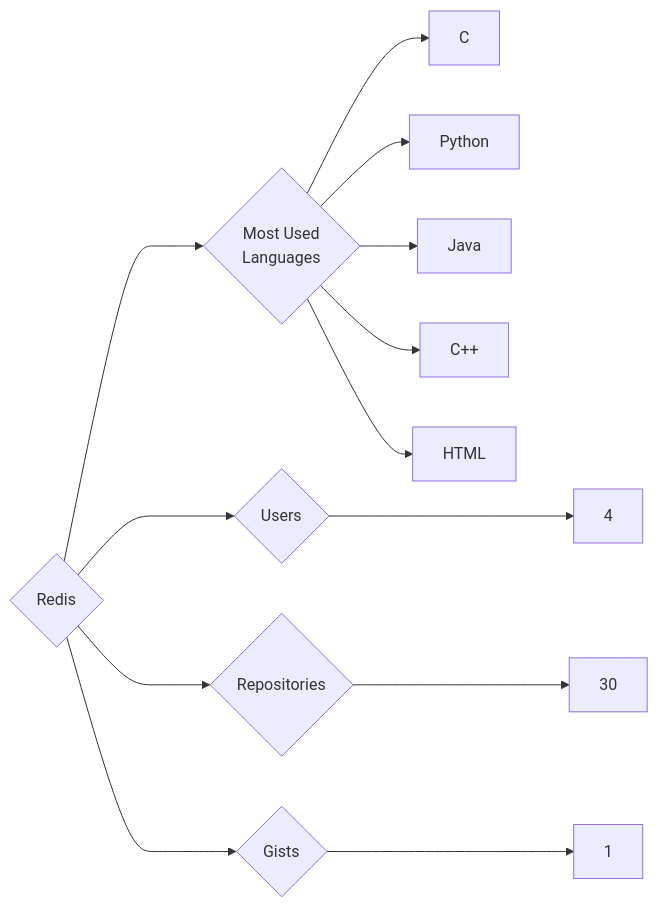
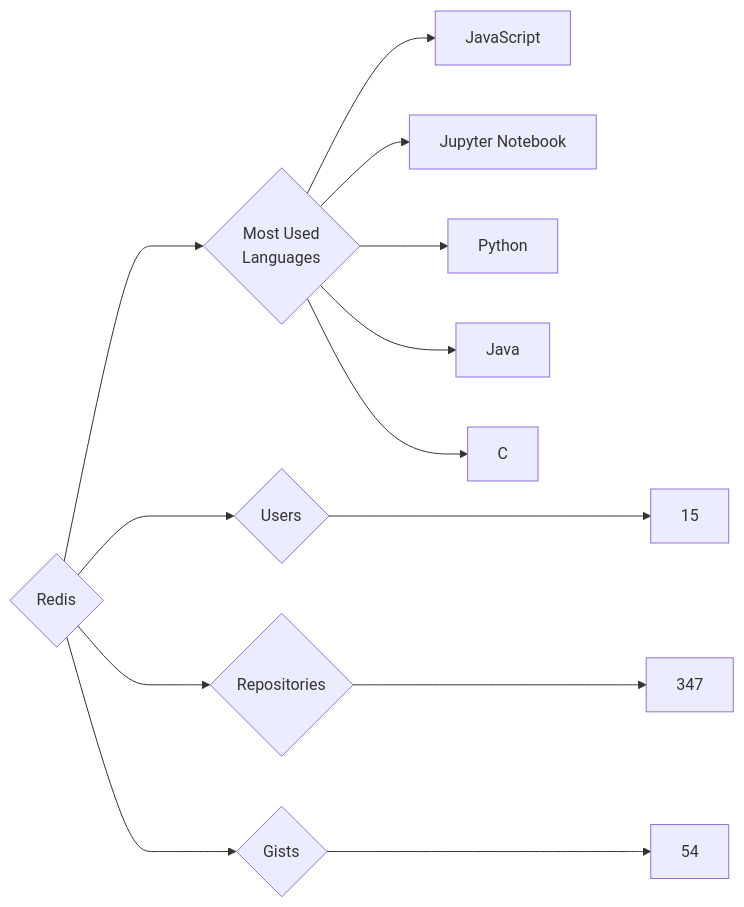
Before and after one commit to trickest/insiders: the diagram in targets/Redis/README.md, drawn with Mermaid. The commit also changed 912 other files, not shown here.

````diff
--- a/targets/Redis/README.md
+++ b/targets/Redis/README.md
@@ -3,13 +3,13 @@
 ```mermaid
 graph LR
 COMPANY_NAME{Redis}
-COMPANY_NAME ---> U{Users} ---> UN[4]
-COMPANY_NAME ---> R{Repositories} ---> RN[30]
-COMPANY_NAME ---> G{Gists} ---> GN[1]
+COMPANY_NAME ---> U{Users} ---> UN[15]
+COMPANY_NAME ---> R{Repositories} ---> RN[347]
+COMPANY_NAME ---> G{Gists} ---> GN[54]
 COMPANY_NAME ---> ML{Most Used<br>Languages}
-ML --> C[C]
+ML --> JavaScript[JavaScript]
+ML --> Jupyter_Notebook[Jupyter Notebook]
 ML --> Python[Python]
 ML --> Java[Java]
-ML --> C++[C++]
-ML --> HTML[HTML]
+ML --> C[C]
 ```
````
